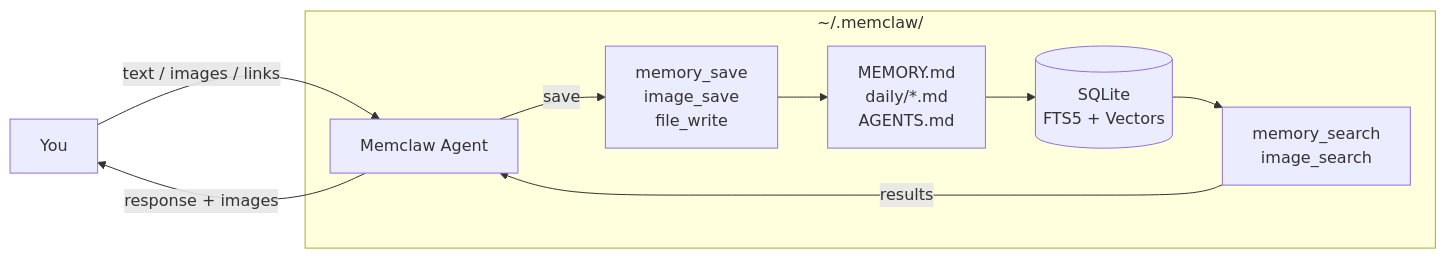
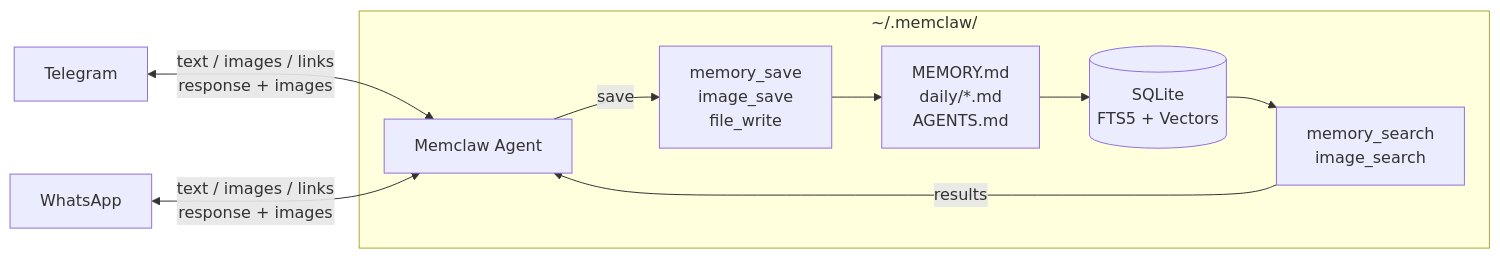
One commit to emanuilo/memclaw changed the diagram in README.md. Above: the diagram before and after it, drawn with Mermaid. The commit also changed other lines of this file and 11 other files, not shown here.

````diff
--- a/README.md
+++ b/README.md
@@ -94,14 +116,13 @@
 ```mermaid
 flowchart LR
-    You -->|text / images / links| Agent[Memclaw Agent]
+    TG[Telegram] <-->|text / images / links<br>response + images| Agent[Memclaw Agent]
+    WA[WhatsApp] <-->|text / images / links<br>response + images| Agent
 
     subgraph sandbox ["~/.memclaw/"]
         Agent -->|save| Tools1["memory_save<br>image_save<br>file_write"]
         Tools1 --> Files["MEMORY.md<br>daily/*.md<br>AGENTS.md"]
         Files --> DB[("SQLite<br>FTS5 + Vectors")]
         DB --> Tools2["memory_search<br>image_search"]
         Tools2 -->|results| Agent
     end
-
-    Agent -->|response + images| You
 ```
````
